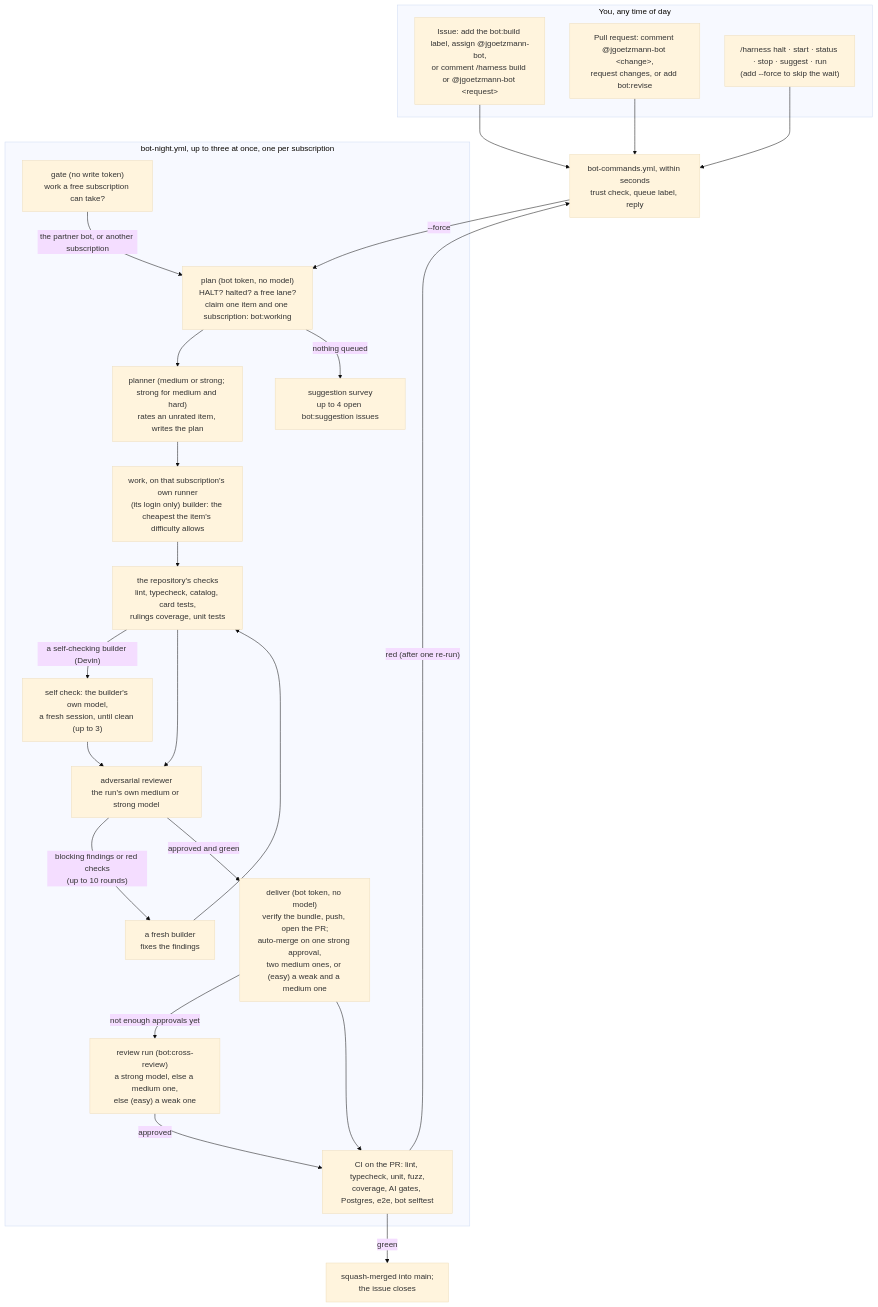
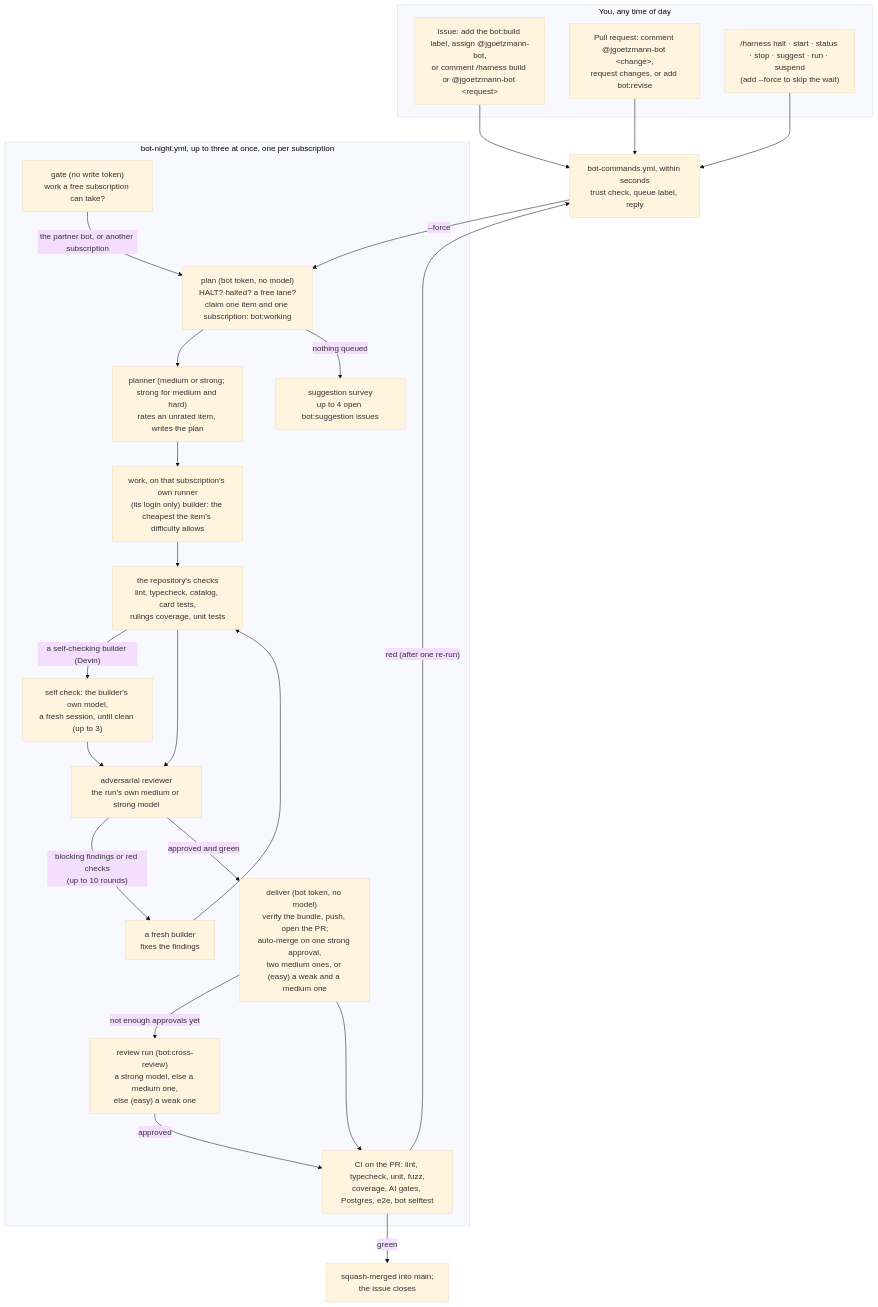
The diagram in bot/README.md (Jlore-Studios/JackiOh), drawn with Mermaid (base theme) before and after one commit. The commit also changed other lines of this file and 7 other files, not shown here.

First line of the commit message:
Night bot: /harness suspend <subscription> until /harness resume (#294)

````diff
--- a/bot/README.md
+++ b/bot/README.md
@@ -27,33 +27,33 @@
 ```mermaid
 flowchart TD
   subgraph you["You, any time of day"]
     I["Issue: add the bot:build label, assign @jgoetzmann-bot,<br/>or comment /harness build or @jgoetzmann-bot &lt;request&gt;"]
     P["Pull request: comment @jgoetzmann-bot &lt;change&gt;,<br/>request changes, or add bot:revise"]
-    K["/harness halt · start · status · stop · suggest · run<br/>(add --force to skip the wait)"]
+    K["/harness halt · start · status · stop · suggest · run · suspend<br/>(add --force to skip the wait)"]
   end
   I --> E
   P --> E
   K --> E
   E["bot-commands.yml, within seconds<br/>trust check, queue label, reply"]
   E -- "--force" --> PL
   subgraph night["bot-night.yml, up to three at once, one per subscription"]
     GA["gate (no write token)<br/>work a free subscription can take?"]
     GA -- "the partner bot, or another subscription" --> PL
     PL["plan (bot token, no model)<br/>HALT? halted? a free lane?<br/>claim one item and one subscription: bot:working"]
     PL --> PN["planner (medium or strong; strong for medium and hard)<br/>rates an unrated item, writes the plan"]
     PN --> B["work, on that subscription's own runner<br/>(its login only) builder: the cheapest the item's difficulty allows"]
     B --> G["the repository's checks<br/>lint, typecheck, catalog, card tests,<br/>rulings coverage, unit tests"]
     G -- "a self-checking builder (Devin)" --> SC["self check: the builder's own model,<br/>a fresh session, until clean (up to 3)"]
     SC --> R
     G --> R["adversarial reviewer<br/>the run's own medium or strong model"]
     R -- "blocking findings or red checks<br/>(up to 10 rounds)" --> F["a fresh builder<br/>fixes the findings"]
     F --> G
     R -- "approved and green" --> D["deliver (bot token, no model)<br/>verify the bundle, push, open the PR;<br/>auto-merge on one strong approval,<br/>two medium ones, or (easy) a weak and a medium one"]
     D -- "not enough approvals yet" --> X["review run (bot:cross-review)<br/>a strong model, else a medium one,<br/>else (easy) a weak one"]
     X -- "approved" --> CI
     PL -- "nothing queued" --> S["suggestion survey<br/>up to 4 open bot:suggestion issues"]
   end
   D --> CI["CI on the PR: lint, typecheck, unit, fuzz,<br/>coverage, AI gates, Postgres, e2e, bot selftest"]
   CI -- "green" --> M["squash-merged into main;<br/>the issue closes"]
   CI -- "red (after one re-run)" --> E
 ```
````
